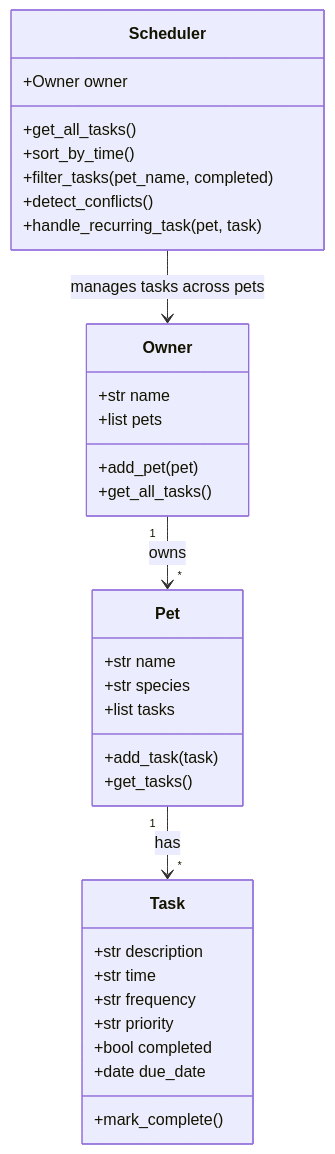
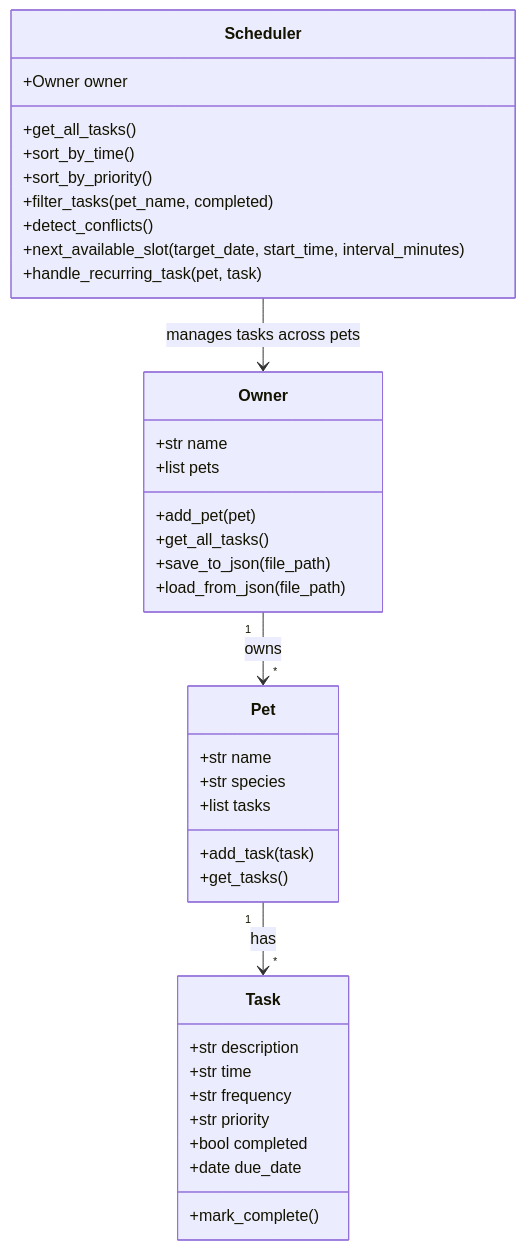
Before and after one commit to saahilqureshi786-cpu/ai110-module2show-pawpal-starter: the diagram in diagrams/uml_final.mmd, drawn with Mermaid. The commit also changed 2 other files, not shown here.

```diff
--- a/diagrams/uml_final.mmd
+++ b/diagrams/uml_final.mmd
@@ -1,39 +1,43 @@
 classDiagram
 
 class Owner {
     +str name
     +list pets
     +add_pet(pet)
     +get_all_tasks()
+    +save_to_json(file_path)
+    +load_from_json(file_path)
 }
 
 class Pet {
     +str name
     +str species
     +list tasks
     +add_task(task)
     +get_tasks()
 }
 
 class Task {
     +str description
     +str time
     +str frequency
     +str priority
     +bool completed
     +date due_date
     +mark_complete()
 }
 
 class Scheduler {
     +Owner owner
     +get_all_tasks()
     +sort_by_time()
+    +sort_by_priority()
     +filter_tasks(pet_name, completed)
     +detect_conflicts()
+    +next_available_slot(target_date, start_time, interval_minutes)
     +handle_recurring_task(pet, task)
 }
 
 Owner "1" --> "*" Pet : owns
 Pet "1" --> "*" Task : has
 Scheduler --> Owner : manages tasks across pets
```
